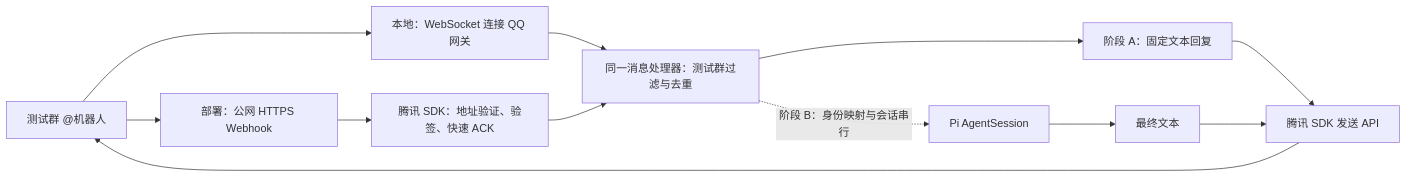
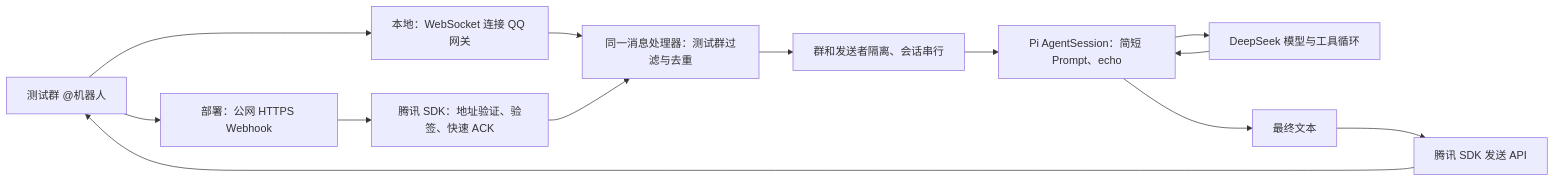
Before and after one commit to erha1499/dave-agent: the diagram in docs/qq-integration.md, drawn with Mermaid. The commit also changed other lines of this file and 2 other files, not shown here.

````diff
--- a/docs/qq-integration.md
+++ b/docs/qq-integration.md
@@ -9,14 +9,15 @@
 ```mermaid
 flowchart LR
   Q[测试群 @机器人] --> W[部署：公网 HTTPS Webhook]
   Q --> C[本地：WebSocket 连接 QQ 网关]
   W --> S[腾讯 SDK：地址验证、验签、快速 ACK]
   C --> H[同一消息处理器：测试群过滤与去重]
   S --> H
-  H --> F[阶段 A：固定文本回复]
-  H -. 阶段 B：身份映射与会话串行 .-> P[Pi AgentSession]
+  H --> I[群和发送者隔离、会话串行]
+  I --> P[Pi AgentSession：简短 Prompt、echo]
+  P --> M[DeepSeek 模型与工具循环]
+  M --> P
   P --> R[最终文本]
-  F --> A[腾讯 SDK 发送 API]
   R --> A[腾讯 SDK 发送 API]
   A --> Q
 ```
````
